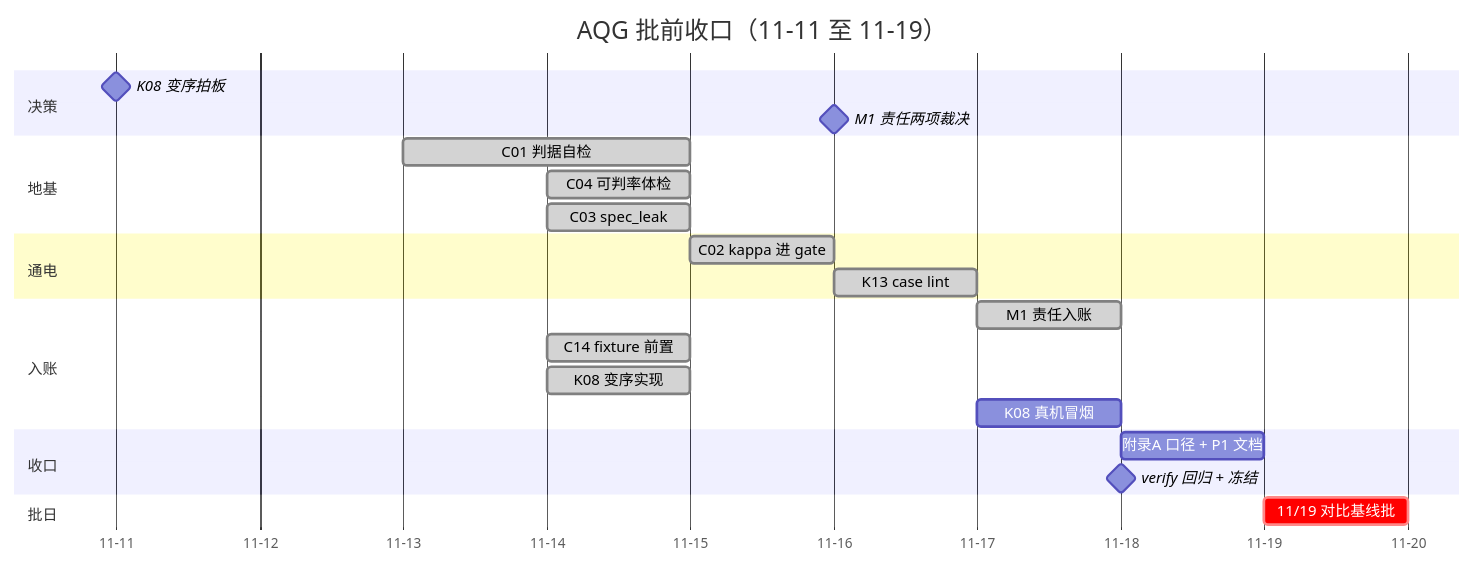
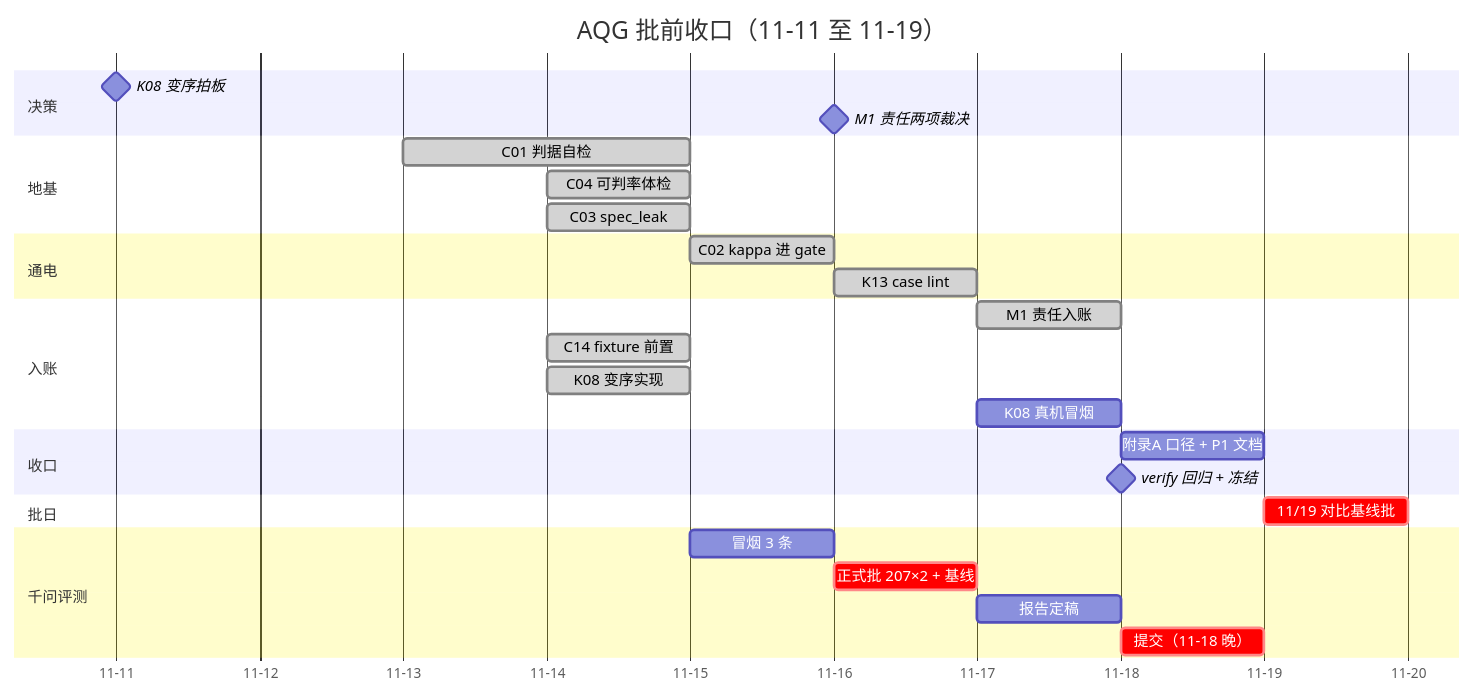
One commit to xuanluo111/Agent-Quality-Gate changed the diagram in docs/priority-2026q4/01-每日排期.md. Above: the diagram before and after it, drawn with Mermaid. The commit also changed other lines of this file and 4 other files, not shown here.

````diff
--- a/docs/priority-2026q4/01-每日排期.md
+++ b/docs/priority-2026q4/01-每日排期.md
@@ -121,27 +128,32 @@
 ```mermaid
 gantt
     title AQG 批前收口（11-11 至 11-19）
     dateFormat YYYY-MM-DD
     axisFormat %m-%d
     todayMarker off
     section 决策
     K08 变序拍板          :milestone, k08, 2026-11-11, 0d
     M1 责任两项裁决       :milestone, m1d, 2026-11-16, 0d
     section 地基
     C01 判据自检          :done, c01, 2026-11-13, 2d
     C04 可判率体检        :done, c04, 2026-11-14, 1d
     C03 spec_leak        :done, c03, 2026-11-14, 1d
     section 通电
     C02 kappa 进 gate    :done, c02, 2026-11-15, 1d
     K13 case lint        :done, k13, 2026-11-16, 1d
     section 入账
     M1 责任入账          :done, m1, 2026-11-17, 1d
     C14 fixture 前置     :done, c14, 2026-11-14, 1d
     K08 变序实现           :done, k08i, 2026-11-14, 1d
     K08 真机冒烟           :k08s, 2026-11-17, 1d
     section 收口
     附录A 口径 + P1 文档 :p1, 2026-11-18, 1d
     verify 回归 + 冻结   :milestone, frz, 2026-11-18, 0d
     section 批日
     11/19 对比基线批     :crit, bat, 2026-11-19, 1d
+    section 千问评测
+    冒烟 3 条            :qsm, 2026-11-15, 1d
+    正式批 207×2 + 基线  :crit, qbat, 2026-11-16, 1d
+    报告定稿             :qrep, 2026-11-17, 1d
+    提交（11-18 晚）     :crit, qsub, 2026-11-18, 1d
 ```
````
